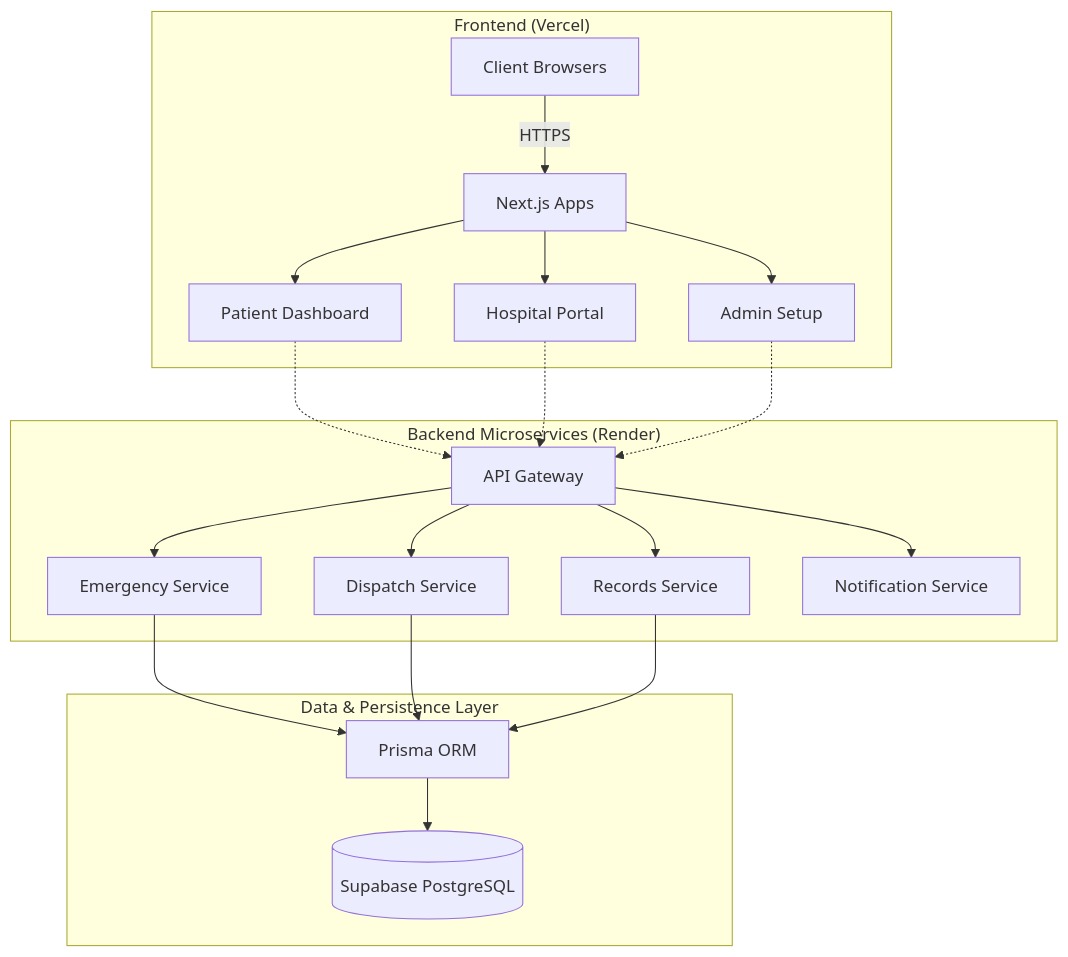
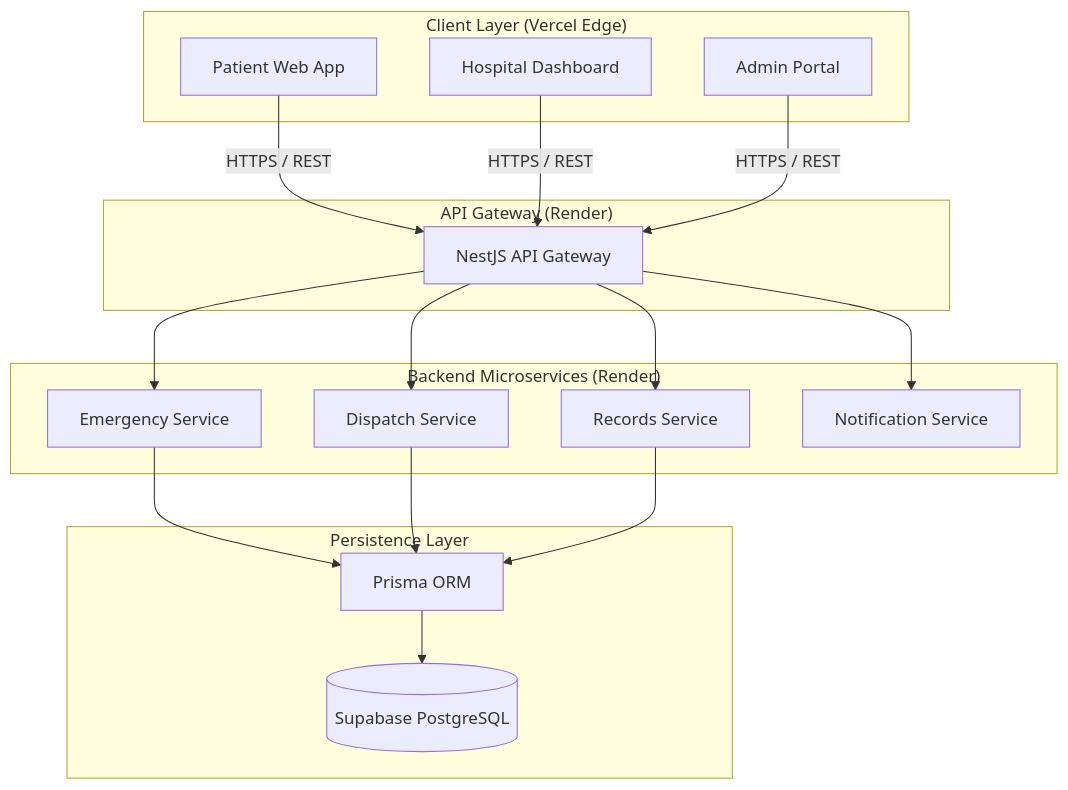
The first of 2 diagrams in README.md (simply-mihir/ResQ), drawn with Mermaid before and after one commit. The commit also changed other lines of this file, not shown here.

````diff
--- a/README.md
+++ b/README.md
@@ -59,30 +17,38 @@
 ```mermaid
-graph TD
-    Client[Client Browsers]
-    
-    subgraph Frontend["Frontend (Vercel)"]
-        NextApp[Next.js Apps]
-        Client -->|HTTPS| NextApp
-        NextApp --> PatientPortal[Patient Dashboard]
-        NextApp --> HospitalPortal[Hospital Portal]
-        NextApp --> AdminPortal[Admin Setup]
+graph TB
+    subgraph ClientLayer["Client Layer (Vercel Edge)"]
+        WebApp["Patient Web App"]
+        HospitalDash["Hospital Dashboard"]
+        AdminPanel["Admin Portal"]
     end
-    
-    subgraph Backend["Backend Microservices (Render)"]
-        PatientPortal -.-> Gateway[API Gateway]
-        HospitalPortal -.-> Gateway
-        AdminPortal -.-> Gateway
-        
-        Gateway --> EmergencyService[Emergency Service]
-        Gateway --> DispatchService[Dispatch Service]
-        Gateway --> RecordsService[Records Service]
-        Gateway --> NotificationService[Notification Service]
+
+    subgraph APIGateway["API Gateway (Render)"]
+        Gateway["NestJS API Gateway"]
     end
-    
-    subgraph DataLayer["Data & Persistence Layer"]
-        EmergencyService --> Prisma[Prisma ORM]
-        DispatchService --> Prisma
-        RecordsService --> Prisma
-        Prisma --> DB[(Supabase PostgreSQL)]
+
+    subgraph CoreServices["Backend Microservices (Render)"]
+        EmergencySvc["Emergency Service"]
+        DispatchSvc["Dispatch Service"]
+        RecordsSvc["Records Service"]
+        NotificationSvc["Notification Service"]
     end
+
+    subgraph DataLayer["Persistence Layer"]
+        Prisma["Prisma ORM"]
+        Postgres[(Supabase PostgreSQL)]
+    end
+
+    WebApp -->|HTTPS / REST| Gateway
+    HospitalDash -->|HTTPS / REST| Gateway
+    AdminPanel -->|HTTPS / REST| Gateway
+
+    Gateway --> EmergencySvc
+    Gateway --> DispatchSvc
+    Gateway --> RecordsSvc
+    Gateway --> NotificationSvc
+
+    EmergencySvc --> Prisma
+    DispatchSvc --> Prisma
+    RecordsSvc --> Prisma
+    Prisma --> Postgres
 ```
````
